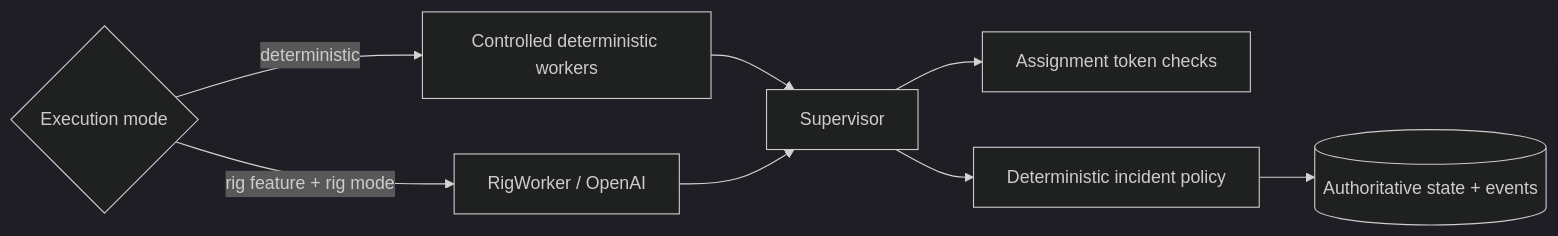
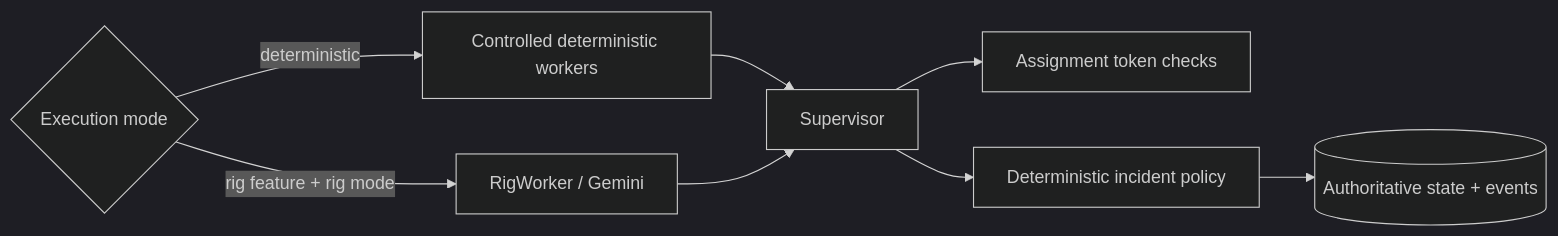
One commit to 0takuc0mrade/Meld changed the first of 6 diagrams in docs/ARCHITECTURE.md. Above: the diagram before and after it, drawn with Mermaid (dark theme). The commit also changed other lines of this file and 15 other files, not shown here.

````diff
--- a/docs/ARCHITECTURE.md
+++ b/docs/ARCHITECTURE.md
@@ -18,10 +18,10 @@
 ```mermaid
 flowchart LR
     Config{Execution mode} -->|deterministic| Fake[Controlled deterministic workers]
-    Config -->|rig feature + rig mode| Rig[RigWorker / OpenAI]
+    Config -->|rig feature + rig mode| Rig[RigWorker / Gemini]
     Fake --> Supervisor
     Rig --> Supervisor
     Supervisor --> Tokens[Assignment token checks]
     Supervisor --> Verify[Deterministic incident policy]
     Verify --> State[(Authoritative state + events)]
 ```
````
